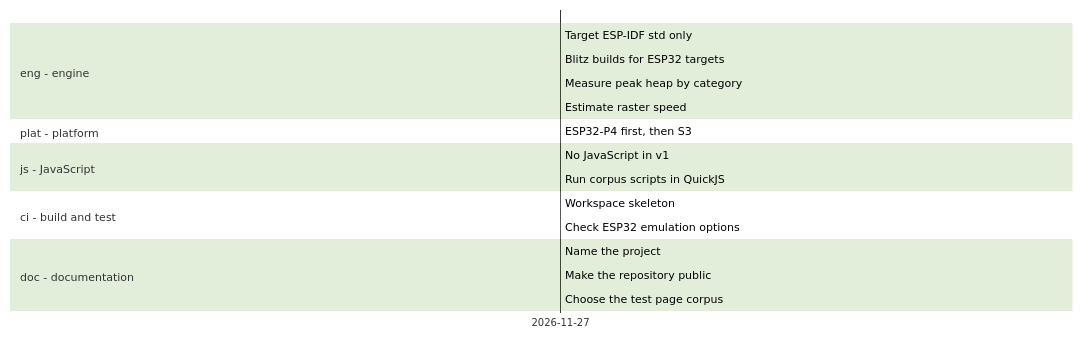
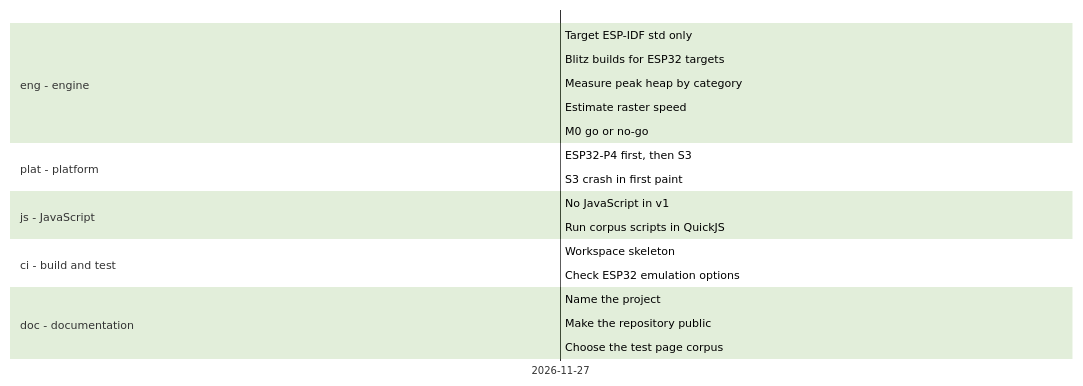
The diagram in docs/roadmap/timeline.md (lhns/embedded-browser), drawn with Mermaid (forest theme) before and after one commit. The commit also changed other lines of this file and 8 other files, not shown here.

Commit message:
M0 decision: go with Blitz; accept ADR 0002, fork-only patch policy, S3 paint-crash defect

````diff
--- a/docs/roadmap/timeline.md
+++ b/docs/roadmap/timeline.md
@@ -10,22 +10,24 @@
 ```mermaid
 gantt
     dateFormat YYYY-MM-DD
     axisFormat %Y-%m-%d
     section eng - engine
     Target ESP-IDF std only :eng_std_only_esp_idf, 2026-11-27, 2026-11-27
     Blitz builds for ESP32 targets :eng_blitz_builds_esp, 2026-11-27, 2026-11-27
     Measure peak heap by category :eng_peak_heap, 2026-11-27, 2026-11-27
     Estimate raster speed :eng_raster_estimate, 2026-11-27, 2026-11-27
+    M0 go or no-go :eng_m0_go_no_go, 2026-11-27, 2026-11-27
     section plat - platform
     ESP32-P4 first, then S3 :plat_boards_p4_first, 2026-11-27, 2026-11-27
+    S3 crash in first paint :plat_defect_s3_paint_crash, 2026-11-27, 2026-11-27
     section js - JavaScript
     No JavaScript in v1 :js_no_js_in_v1, 2026-11-27, 2026-11-27
     Run corpus scripts in QuickJS :js_host_spike, 2026-11-27, 2026-11-27
     section ci - build and test
     Workspace skeleton :ci_workspace_skeleton, 2026-11-27, 2026-11-27
     Check ESP32 emulation options :ci_emulation_check, 2026-11-27, 2026-11-27
     section doc - documentation
     Name the project :doc_name_embedded_browser, 2026-11-27, 2026-11-27
     Make the repository public :doc_public_repo, 2026-11-27, 2026-11-27
     Choose the test page corpus :doc_corpus_choice, 2026-11-27, 2026-11-27
 ```
````
